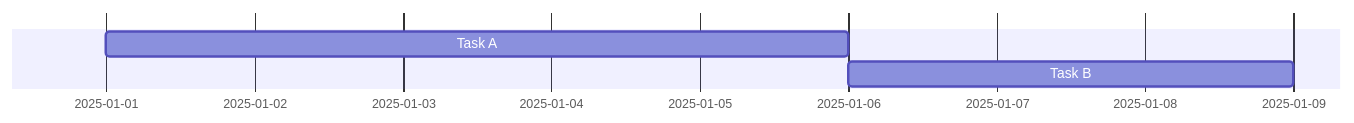
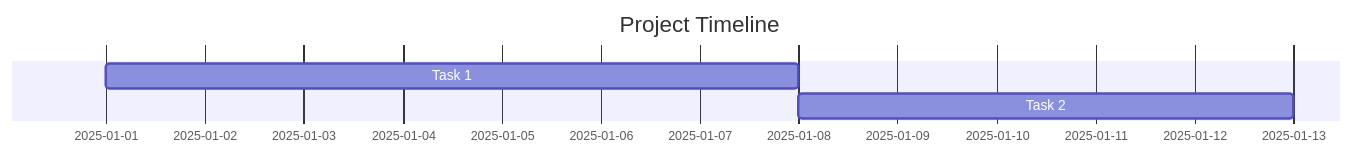
One commit to kv0906/pm-kit changed the sixth of 7 diagrams in skills/mermaid-diagrams/SKILL.md. Above: the diagram before and after it, drawn with Mermaid. The commit also changed other lines of this file and 50 other files, not shown here.

````diff
--- a/skills/mermaid-diagrams/SKILL.md
+++ b/skills/mermaid-diagrams/SKILL.md
@@ -431,6 +163,7 @@
 ```mermaid
 gantt
+    title Project Timeline
     dateFormat YYYY-MM-DD
-    Task A: a, 2025-01-01, 5d
-    Task B: b, after a, 3d
+    Task 1: t1, 2025-01-01, 7d
+    Task 2: t2, after t1, 5d
 ```
````
